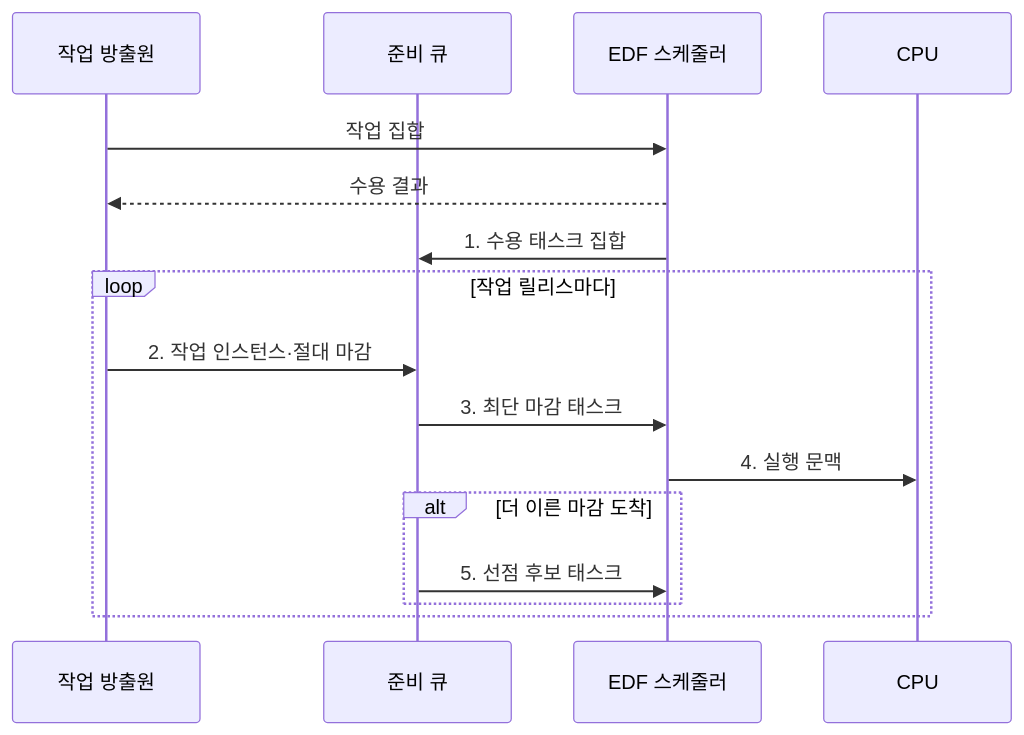
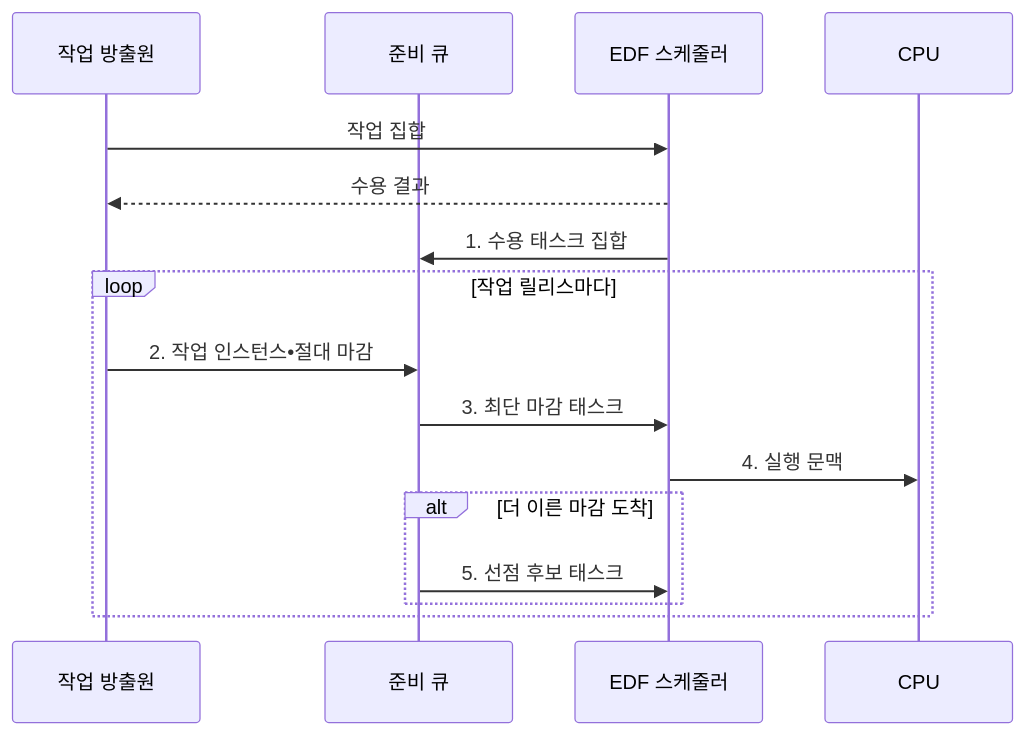
Before and after one commit to agnusdei1207/knowledge-base: the second of 2 diagrams in src/content/docs/notes/03-software/007_realtime_scheduling.md, drawn with Mermaid. The commit also changed other lines of this file and 953 other files, not shown here.

````diff
--- a/src/content/docs/notes/03-software/007_realtime_scheduling.md
+++ b/src/content/docs/notes/03-software/007_realtime_scheduling.md
@@ -117,18 +117,18 @@
 ```mermaid
 sequenceDiagram
     participant J as 작업 방출원
     participant Q as 준비 큐
     participant S as EDF 스케줄러
     participant C as CPU
     J->>S: 작업 집합
     S-->>J: 수용 결과
     S->>Q: 1. 수용 태스크 집합
     loop 작업 릴리스마다
-        J->>Q: 2. 작업 인스턴스·절대 마감
+        J->>Q: 2. 작업 인스턴스•절대 마감
         Q->>S: 3. 최단 마감 태스크
         S->>C: 4. 실행 문맥
         alt 더 이른 마감 도착
             Q->>S: 5. 선점 후보 태스크
         end
     end
 ```
````
